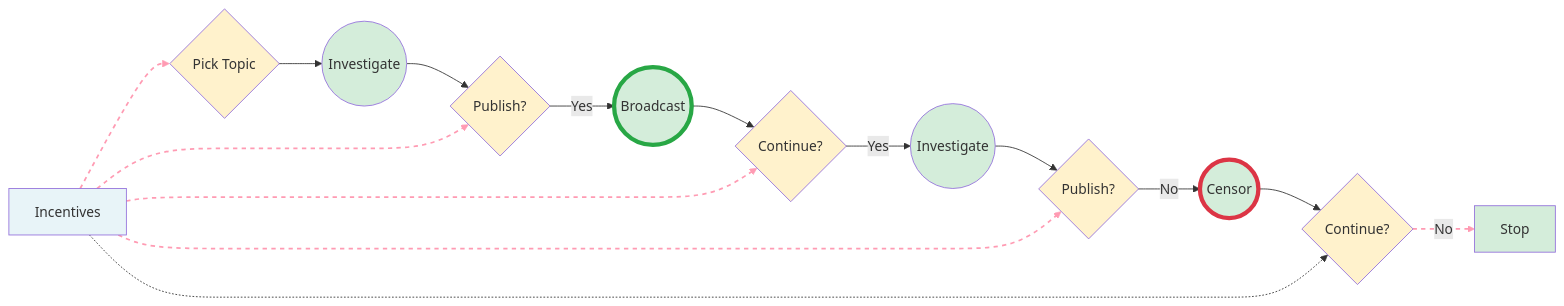
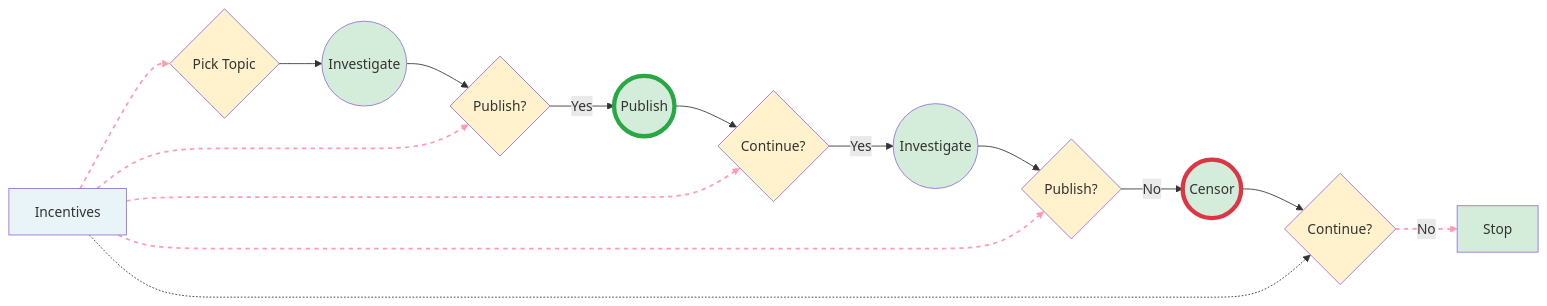
Before and after one commit to cottrell/notes: the fifth of 5 diagrams in _drafts/2025-09-24-ioannidis-process.md, drawn with Mermaid. The commit also changed other lines of this file, not shown here.

```diff
--- a/_drafts/2025-09-24-ioannidis-process.md
+++ b/_drafts/2025-09-24-ioannidis-process.md
@@ -182,38 +182,38 @@
 {% mermaid %}
 graph LR
     I[Incentives] -.-> T{Pick Topic}
     T --> W1((Investigate))
     W1 --> D1{Publish?}
-    D1 -->|Yes| P((Broadcast))
+    D1 -->|Yes| P((Publish))
     P --> C1{Continue?}
     C1 -->|Yes| W2((Investigate))
     W2 --> D2{Publish?}
     D2 -->|No| H((Censor))
     H --> C2{Continue?}
     C2 -->|No| Stop[Stop]
 
     I -.-> D1
     I -.-> C1
     I -.-> D2
     I -.-> C2
 
     %% Causal link styling
     linkStyle 0 stroke:#ff9bb3,stroke-width:2px,stroke-dasharray: 5 5
     linkStyle 9 stroke:#ff9bb3,stroke-width:2px,stroke-dasharray: 5 5
     linkStyle 10 stroke:#ff9bb3,stroke-width:2px,stroke-dasharray: 5 5
     linkStyle 11 stroke:#ff9bb3,stroke-width:2px,stroke-dasharray: 5 5
     linkStyle 12 stroke:#ff9bb3,stroke-width:2px,stroke-dasharray: 5 5
 
     %% Styling
     classDef process fill:#e8f4f8
     classDef decision fill:#fff2cc
     classDef outcome fill:#d4edda
     classDef broadcast fill:#d4edda,stroke:#28a745,stroke-width:5px
     classDef censor fill:#d4edda,stroke:#dc3545,stroke-width:5px
 
     class I process
     class T,D1,C1,D2,C2 decision
     class W1,W2,Stop outcome
     class P broadcast
     class H censor
 {% endmermaid %}
```
